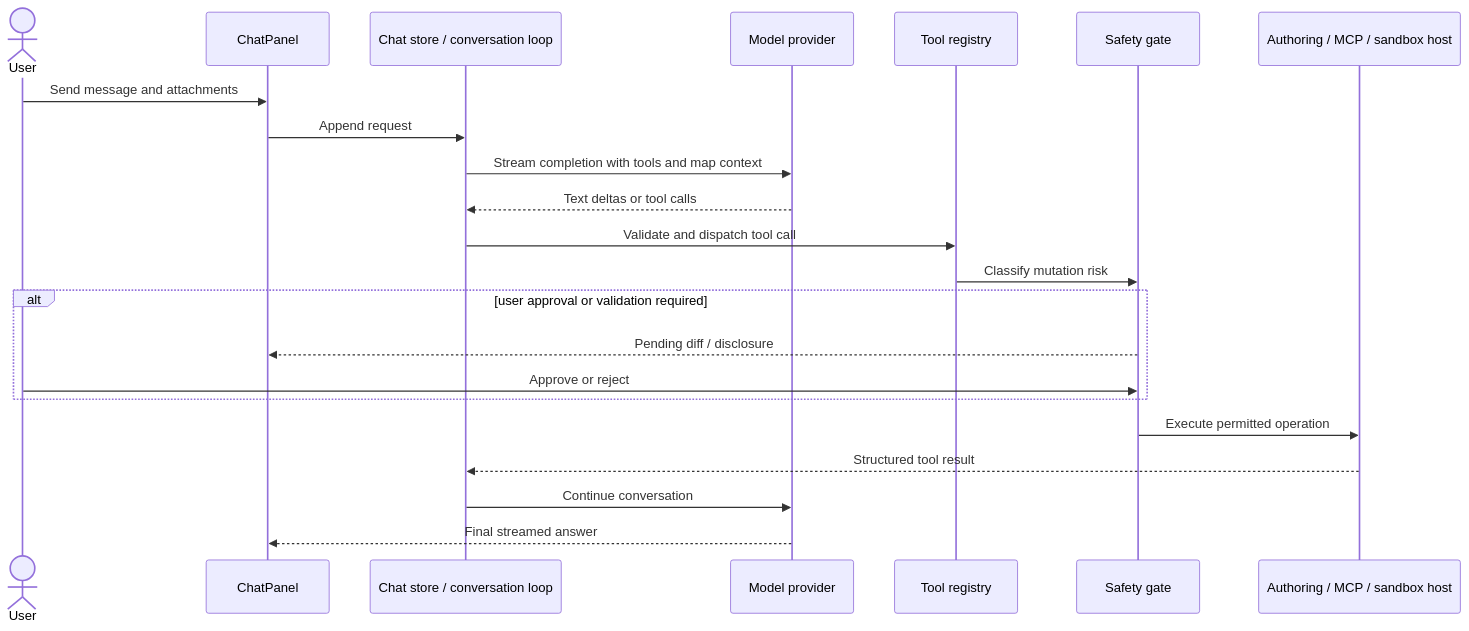
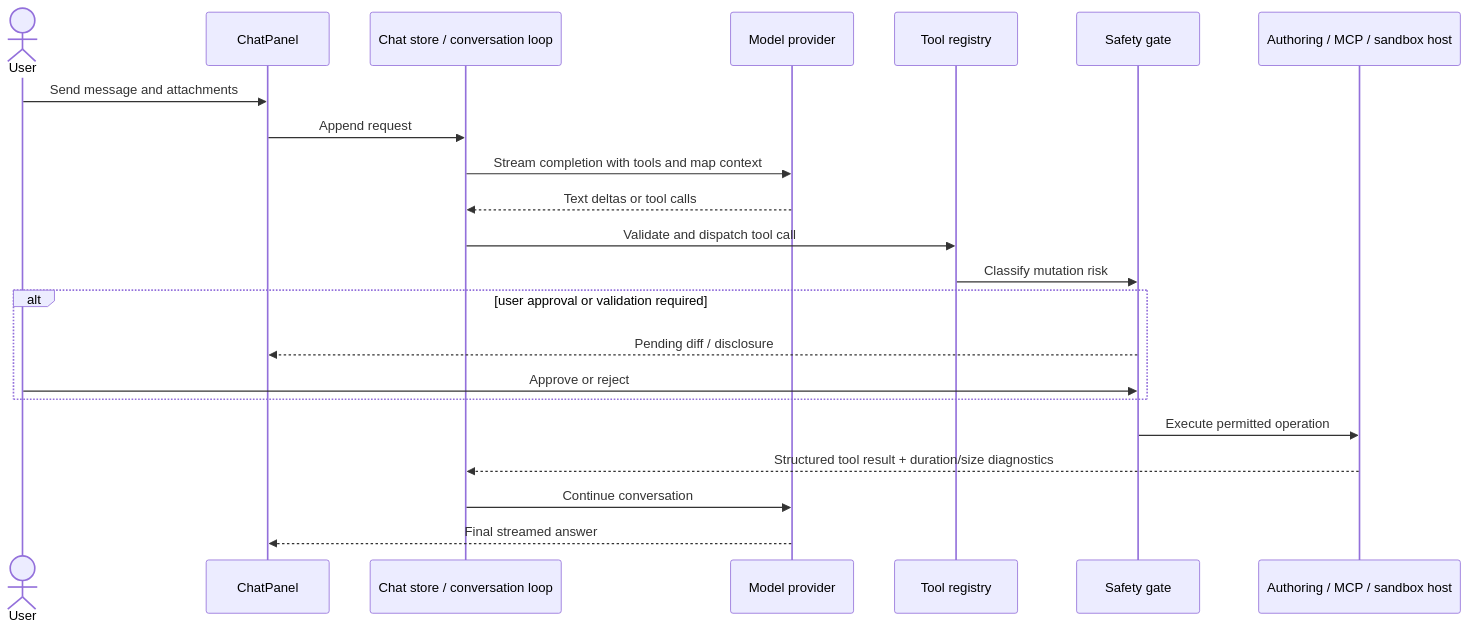
The diagram in docs/architecture/chat.md (zeSchlausKwab/earthly), drawn with Mermaid before and after one commit. The commit also changed other lines of this file and 74 other files, not shown here.

````diff
--- a/docs/architecture/chat.md
+++ b/docs/architecture/chat.md
@@ -11,25 +11,25 @@
 ```mermaid
 sequenceDiagram
     actor User
     participant UI as ChatPanel
     participant Store as Chat store / conversation loop
     participant Model as Model provider
     participant Registry as Tool registry
     participant Gate as Safety gate
     participant Host as Authoring / MCP / sandbox host
 
     User->>UI: Send message and attachments
     UI->>Store: Append request
     Store->>Model: Stream completion with tools and map context
     Model-->>Store: Text deltas or tool calls
     Store->>Registry: Validate and dispatch tool call
     Registry->>Gate: Classify mutation risk
     alt user approval or validation required
         Gate-->>UI: Pending diff / disclosure
         User->>Gate: Approve or reject
     end
     Gate->>Host: Execute permitted operation
-    Host-->>Store: Structured tool result
+    Host-->>Store: Structured tool result + duration/size diagnostics
     Store->>Model: Continue conversation
     Model-->>UI: Final streamed answer
 ```
````
